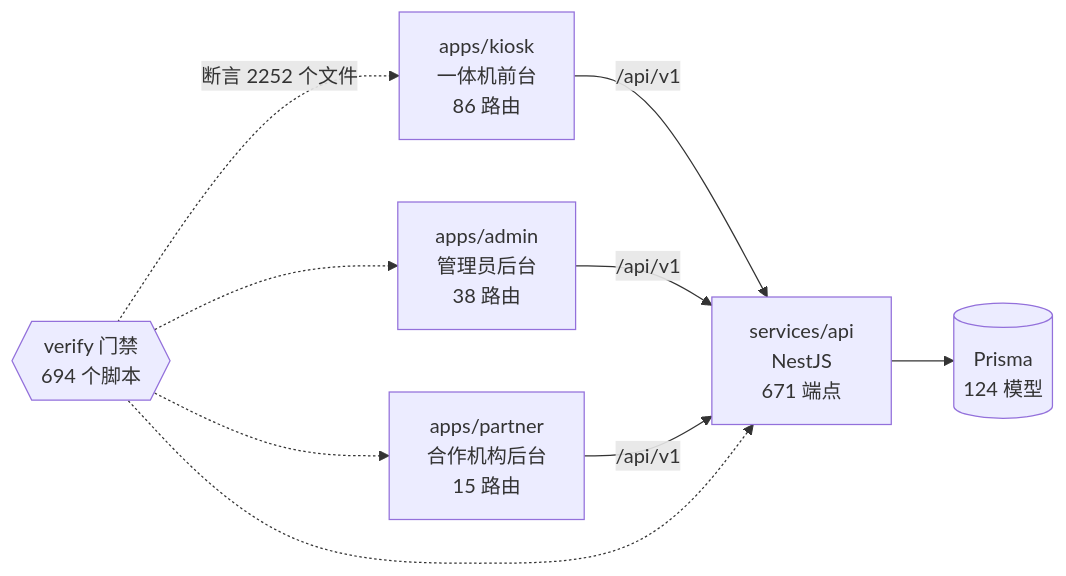
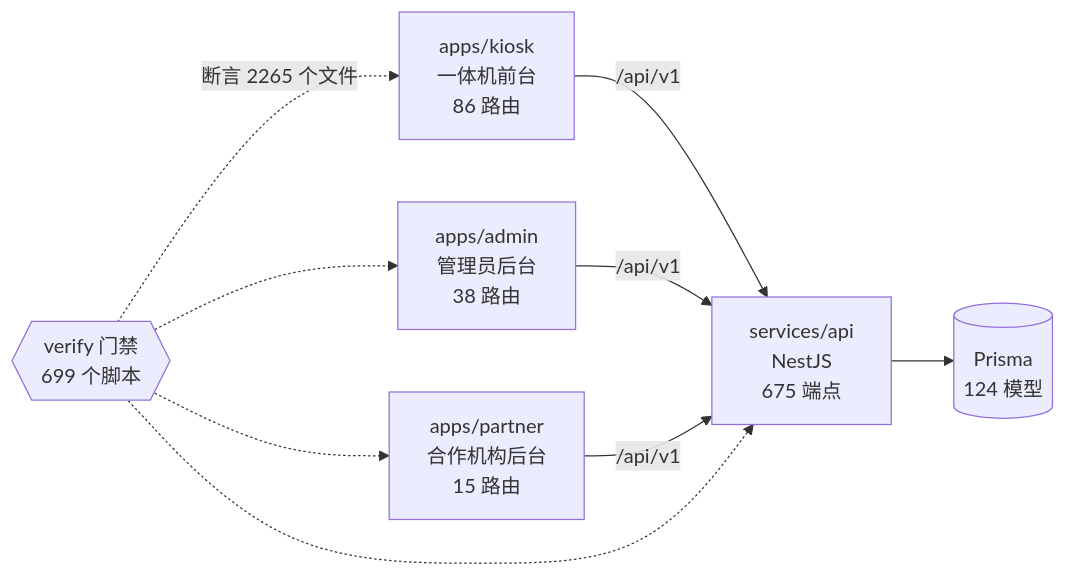
Before and after one commit to wanglei581/YITIJI: the diagram in docs/graph/README.md, drawn with Mermaid. The commit also changed other lines of this file and 4 other files, not shown here.

Commit message:
合并车 C：车尾图谱重生（六路并入后统一生成，--check 通过）

````diff
--- a/docs/graph/README.md
+++ b/docs/graph/README.md
@@ -68,18 +68,18 @@
 ```mermaid
 flowchart LR
   kiosk["apps/kiosk<br/>一体机前台<br/>86 路由"]
   admin["apps/admin<br/>管理员后台<br/>38 路由"]
   partner["apps/partner<br/>合作机构后台<br/>15 路由"]
-  api["services/api<br/>NestJS<br/>671 端点"]
+  api["services/api<br/>NestJS<br/>675 端点"]
   db[("Prisma<br/>124 模型")]
-  gates{{"verify 门禁<br/>694 个脚本"}}
+  gates{{"verify 门禁<br/>699 个脚本"}}
 
   kiosk -->|"/api/v1"| api
   admin -->|"/api/v1"| api
   partner -->|"/api/v1"| api
   api --> db
-  gates -.->|"断言 2252 个文件"| kiosk
+  gates -.->|"断言 2265 个文件"| kiosk
   gates -.-> admin
   gates -.-> partner
   gates -.-> api
 ```
````
